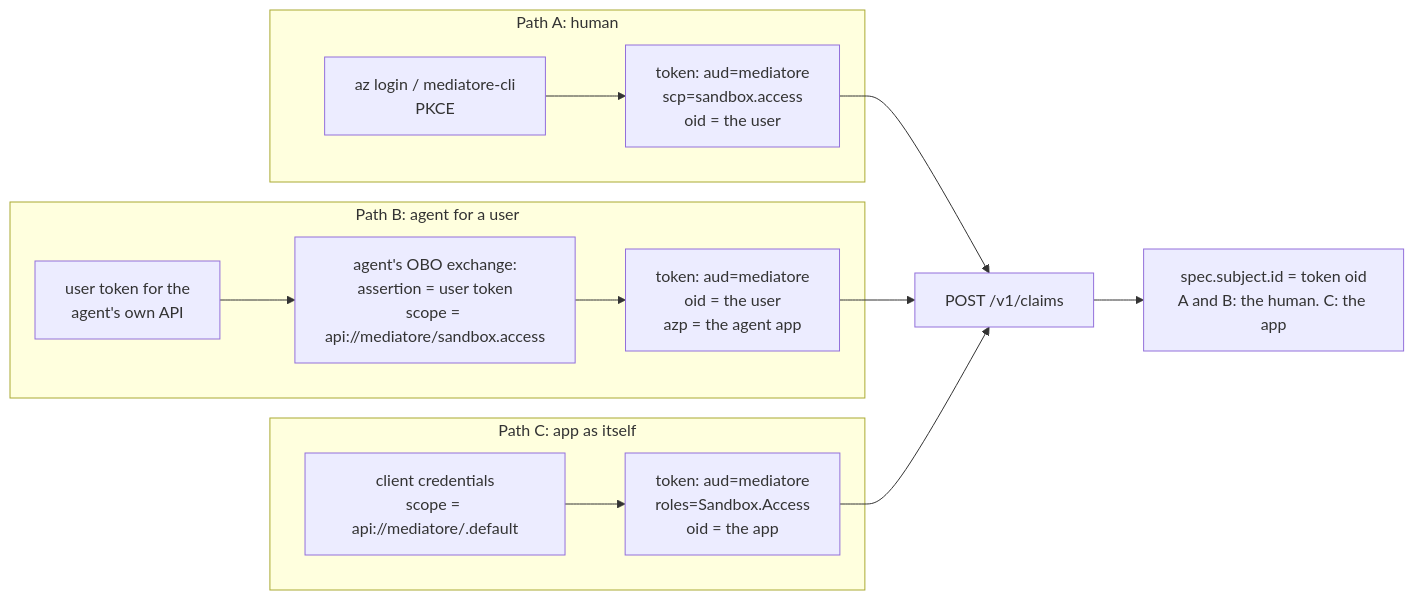
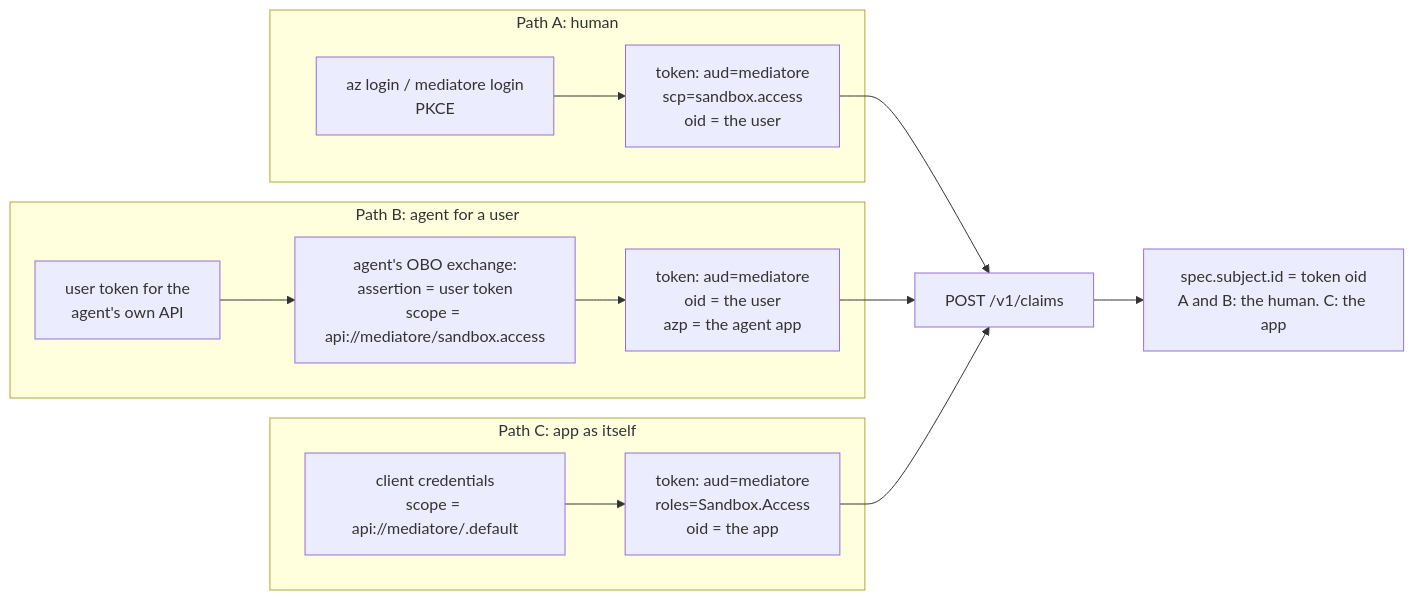
The second of 2 diagrams in docs/guides/running-workloads.md (firestoned/mediatore), drawn with Mermaid before and after one commit. The commit also changed other lines of this file and 47 other files, not shown here.

First line of the commit message:
feat(cli): one mediatore binary, the roles as subcommands (ADR-0014) (#27)

````diff
--- a/docs/guides/running-workloads.md
+++ b/docs/guides/running-workloads.md
@@ -125,16 +125,16 @@
 ```mermaid
 flowchart LR
     subgraph A["Path A: human"]
-        A1[az login / mediatore-cli<br/>PKCE] --> A2[token: aud=mediatore<br/>scp=sandbox.access<br/>oid = the user]
+        A1[az login / mediatore login<br/>PKCE] --> A2[token: aud=mediatore<br/>scp=sandbox.access<br/>oid = the user]
     end
     subgraph B["Path B: agent for a user"]
         B1[user token for the<br/>agent's own API] --> B2[agent's OBO exchange:<br/>assertion = user token<br/>scope = api://mediatore/sandbox.access] --> B3[token: aud=mediatore<br/>oid = the user<br/>azp = the agent app]
     end
     subgraph C["Path C: app as itself"]
         C1[client credentials<br/>scope = api://mediatore/.default] --> C2[token: aud=mediatore<br/>roles=Sandbox.Access<br/>oid = the app]
     end
     A2 --> P[POST /v1/claims]
     B3 --> P
     C2 --> P
     P --> Q[spec.subject.id = token oid<br/>A and B: the human. C: the app]
 ```
````
